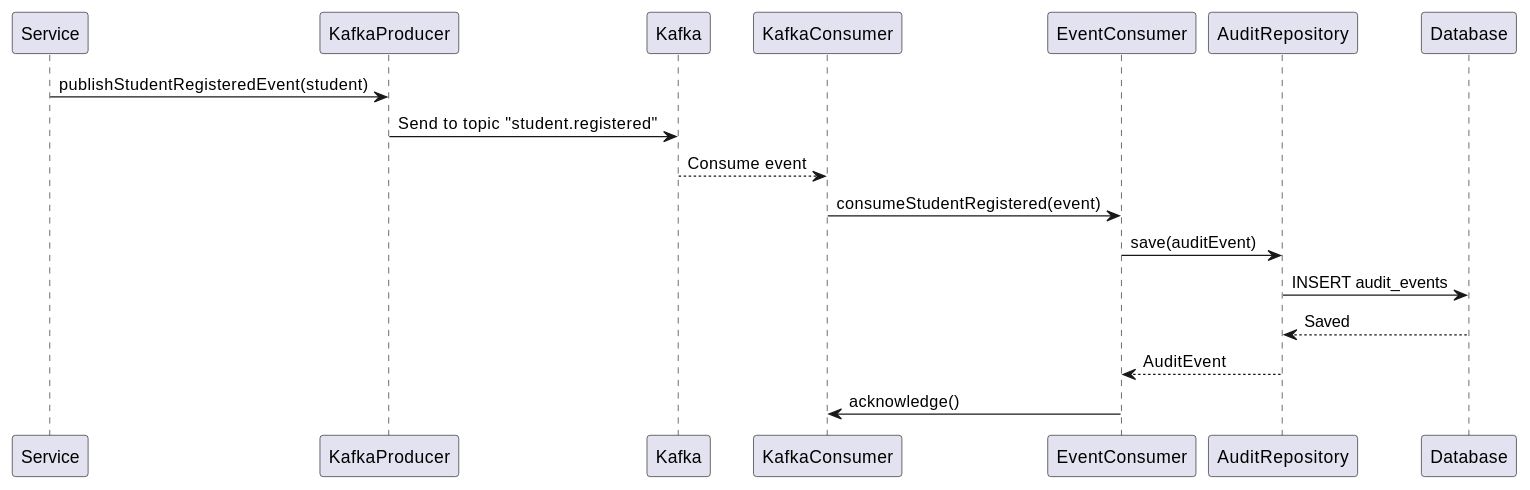
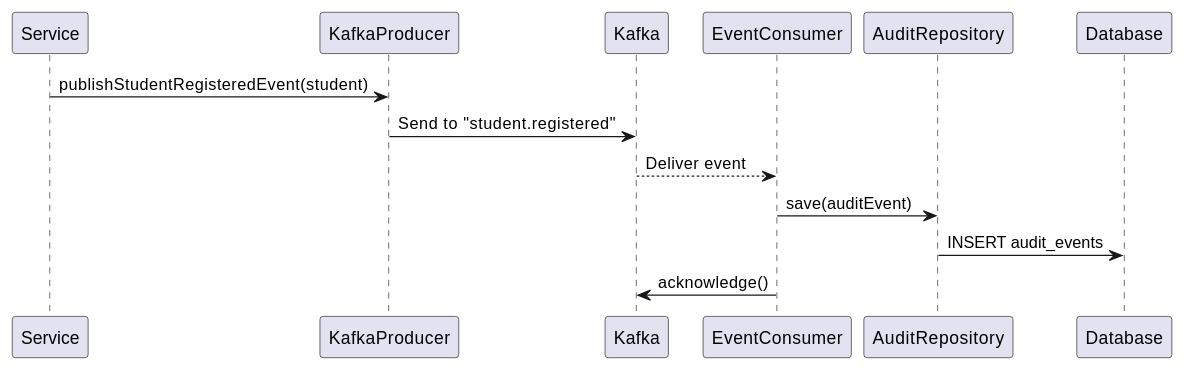
One commit to saurabh989759/saurabh-academy changed the third of 3 diagrams in PROJECT_DOCUMENTATION.md. Above: the diagram before and after it, drawn with PlantUML. The commit also changed other lines of this file and 99 other files, not shown here.

````diff
--- a/PROJECT_DOCUMENTATION.md
+++ b/PROJECT_DOCUMENTATION.md
@@ -996,21 +574,17 @@
 ```plantuml
-@startuml Kafka Event Processing
+@startuml
 participant Service
 participant KafkaProducer
 participant Kafka
-participant KafkaConsumer
 participant EventConsumer
 participant AuditRepository
 participant Database
 
 Service -> KafkaProducer: publishStudentRegisteredEvent(student)
-KafkaProducer -> Kafka: Send to topic "student.registered"
-Kafka --> KafkaConsumer: Consume event
-KafkaConsumer -> EventConsumer: consumeStudentRegistered(event)
+KafkaProducer -> Kafka: Send to "student.registered"
+Kafka --> EventConsumer: Deliver event
 EventConsumer -> AuditRepository: save(auditEvent)
 AuditRepository -> Database: INSERT audit_events
-Database --> AuditRepository: Saved
-AuditRepository --> EventConsumer: AuditEvent
-EventConsumer -> KafkaConsumer: acknowledge()
+EventConsumer -> Kafka: acknowledge()
 @enduml
 ```
````
